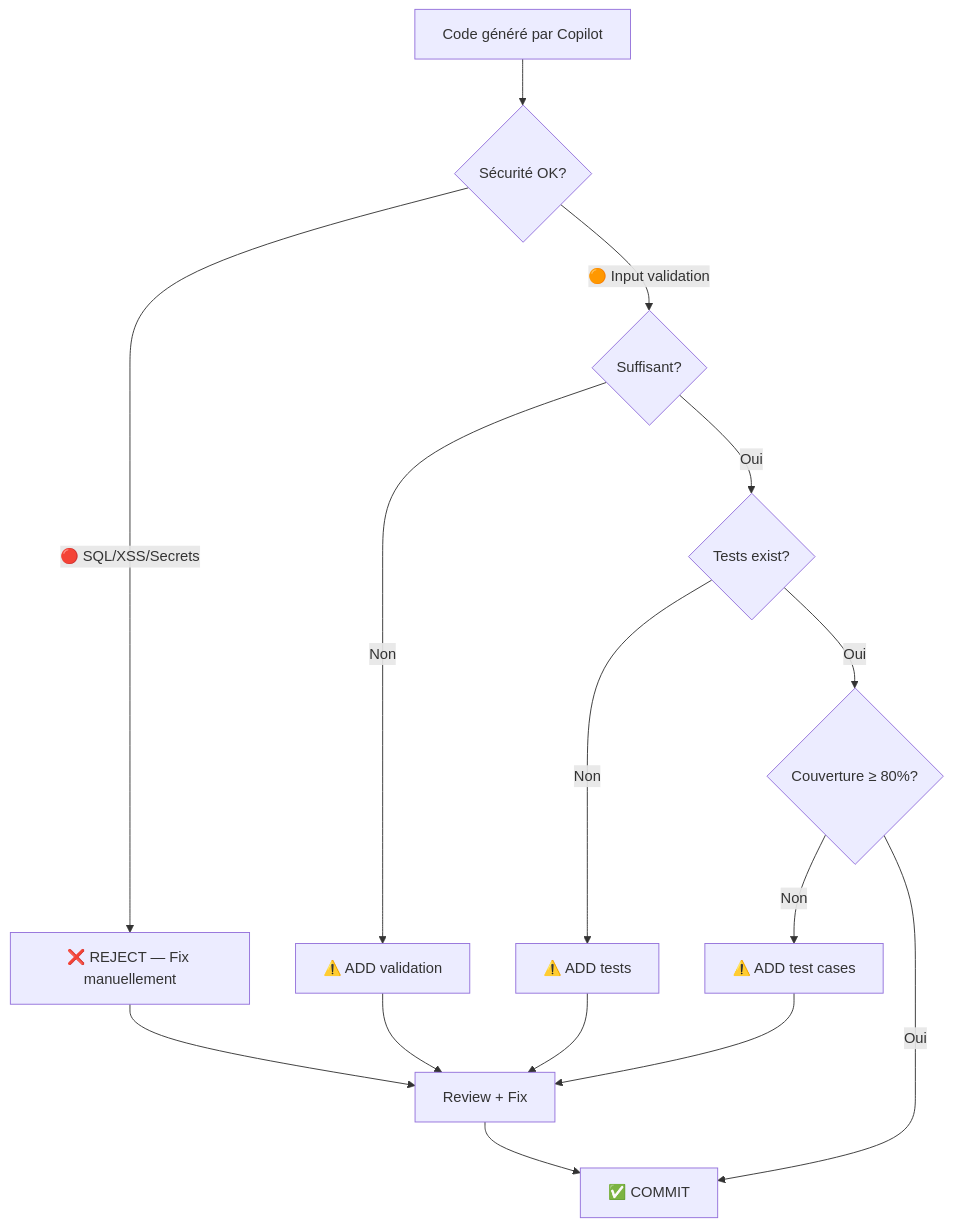
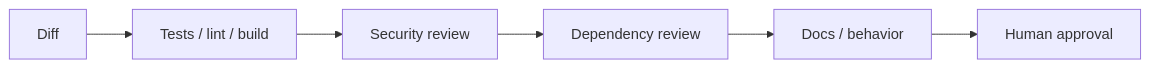
One commit to FTurleque/doc-utilisation-ia changed the diagram in docs/chapitre-9-bonnes-pratiques/securite-qualite.md. Above: the diagram before and after it, drawn with Mermaid. The commit also changed other lines of this file and 261 other files, not shown here.

First line of the commit message:
docs: réorienter la documentation vers Claude Code en conservant Copilot (#27)

````diff
--- a/docs/chapitre-9-bonnes-pratiques/securite-qualite.md
+++ b/docs/chapitre-9-bonnes-pratiques/securite-qualite.md
@@ -184,17 +170,8 @@
 ```mermaid
-graph TD
-    A["Code généré par Copilot"] --> B{"Sécurité OK?"}
-    B -->|🔴 SQL/XSS/Secrets| C["❌ REJECT — Fix manuellement"]
-    B -->|🟠 Input validation| D{"Suffisant?"}
-    D -->|Non| E["⚠️ ADD validation"]
-    D -->|Oui| F{"Tests exist?"}
-    F -->|Non| G["⚠️ ADD tests"]
-    F -->|Oui| H{"Couverture ≥ 80%?"}
-    H -->|Non| I["⚠️ ADD test cases"]
-    H -->|Oui| J["✅ COMMIT"]
-    C --> K["Review + Fix"]
-    E --> K
-    G --> K
-    I --> K
-    K --> J
+graph LR
+    A["Diff"] --> B["Tests / lint / build"]
+    B --> C["Security review"]
+    C --> D["Dependency review"]
+    D --> E["Docs / behavior"]
+    E --> F["Human approval"]
 ```
````
